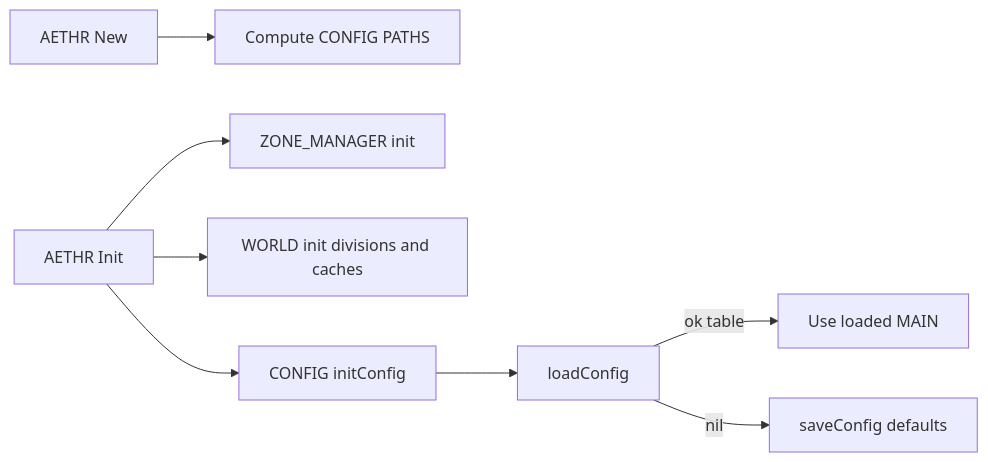
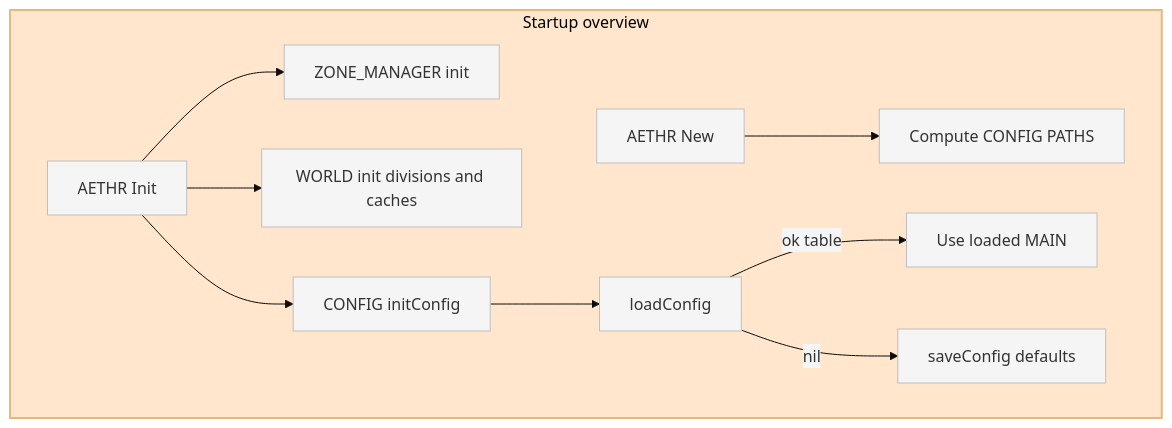
The fourth of 4 diagrams in docs/config/README.md (Gh0st352/AETHR), drawn with Mermaid before and after one commit. The commit also changed other lines of this file and 8 other files, not shown here.

First line of the commit message:
docs(config): enhance Mermaid diagrams with theme/layout

````diff
--- a/docs/config/README.md
+++ b/docs/config/README.md
@@ -91,10 +108,17 @@
 ```mermaid
-flowchart LR
-  New[AETHR New] --> Paths[Compute CONFIG PATHS]
-  Init[AETHR Init] --> Zones[ZONE_MANAGER init]
-  Init --> World[WORLD init divisions and caches]
-  Init --> Config[CONFIG initConfig]
-  Config --> Load[loadConfig]
-  Load -->|ok table| Use[Use loaded MAIN]
-  Load -->|nil| Save[saveConfig defaults]
+%%{init: {"theme":"base", "themeVariables":{"primaryColor":"#f5f5f5"}}}%%
+flowchart TB
+  subgraph START [Startup overview]
+    style START fill:#ffe6cc,stroke:#e6b87a,stroke-width:2px
+    New[AETHR New] --> Paths[Compute CONFIG PATHS]
+    Init[AETHR Init] --> Zones[ZONE_MANAGER init]
+    Init --> World[WORLD init divisions and caches]
+    Init --> Config[CONFIG initConfig]
+    Config --> Load[loadConfig]
+    Load -->|ok table| Use[Use loaded MAIN]
+    Load -->|nil| Save[saveConfig defaults]
+  end
+
+  classDef node fill:#f5f5f5,stroke:#bfbfbf
+  class New,Paths,Init,Zones,World,Config,Load,Use,Save node
 ```
````
